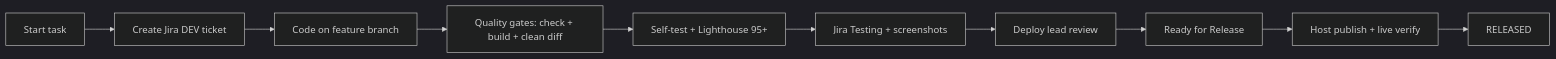
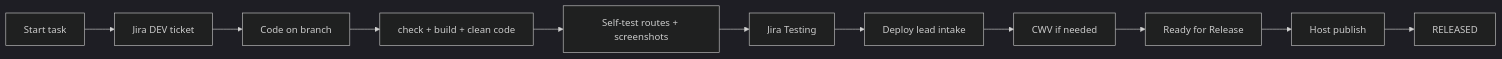
One commit to prabhjas/Astro-websites changed the diagram in docs/developers/DEVELOPER-FLEET-HANDBOOK.md. Above: the diagram before and after it, drawn with Mermaid (dark theme). The commit also changed other lines of this file and 12 other files, not shown here.

First line of the commit message:
Split CWV optimization to deploy lead and add developer clean-code docs.

````diff
--- a/docs/developers/DEVELOPER-FLEET-HANDBOOK.md
+++ b/docs/developers/DEVELOPER-FLEET-HANDBOOK.md
@@ -20,12 +25,13 @@
 ```mermaid
 flowchart LR
-  A[Start task] --> B[Create Jira DEV ticket]
-  B --> C[Code on feature branch]
-  C --> D[Quality gates: check + build + clean diff]
-  D --> E[Self-test + Lighthouse 95+]
-  E --> F[Jira Testing + screenshots]
-  F --> G[Deploy lead review]
-  G --> H[Ready for Release]
-  H --> I[Host publish + live verify]
-  I --> J[RELEASED]
+  A[Start task] --> B[Jira DEV ticket]
+  B --> C[Code on branch]
+  C --> D[check + build + clean code]
+  D --> E[Self-test routes + screenshots]
+  E --> F[Jira Testing]
+  F --> G[Deploy lead intake]
+  G --> H[CWV if needed]
+  H --> I[Ready for Release]
+  I --> J[Host publish]
+  J --> K[RELEASED]
 ```
````
